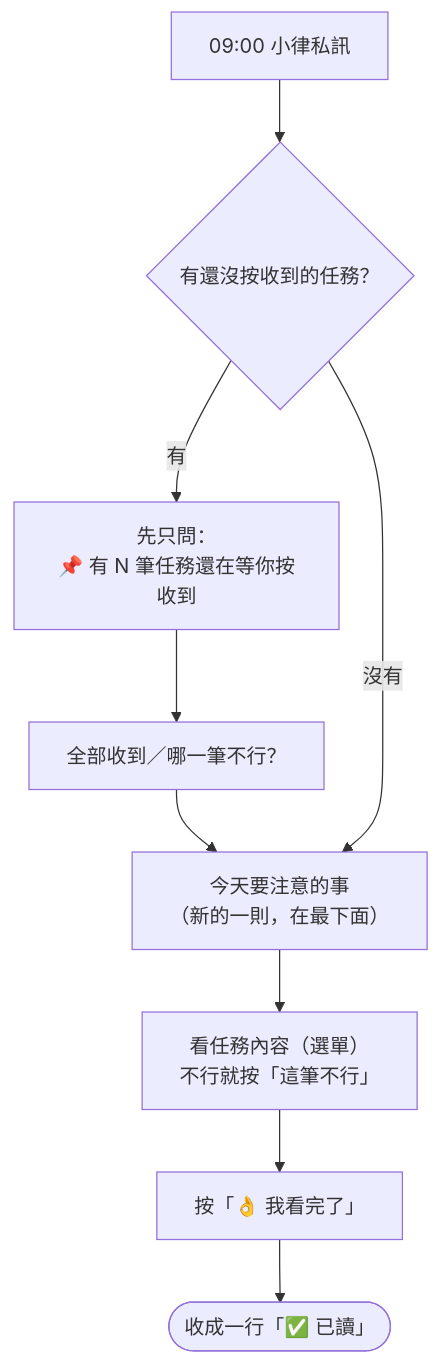
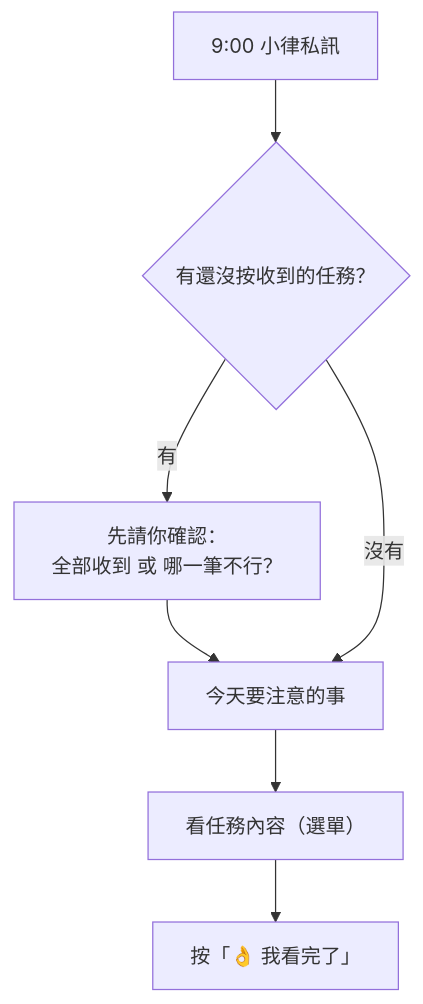
One commit to johnnysun0621/kari-kari-ai-ops changed the third of 6 diagrams in docs/sop/ARTIST_SOP.md. Above: the diagram before and after it, drawn with Mermaid. The commit also changed other lines of this file and 85 other files, not shown here.

````diff
--- a/docs/sop/ARTIST_SOP.md
+++ b/docs/sop/ARTIST_SOP.md
@@ -211,11 +279,8 @@
 ```mermaid
 flowchart TD
-  A["09:00 小律私訊"] --> B{"有還沒按收到的任務？"}
-  B -- "有" --> C["先只問：<br/>📌 有 N 筆任務還在等你按收到"]
-  C --> C1["全部收到／哪一筆不行？"]
-  C1 --> D
-  B -- "沒有" --> D["今天要注意的事<br/>（新的一則，在最下面）"]
-  D --> E["看任務內容（選單）<br/>不行就按「這筆不行」"]
-  E --> F["按「👌 我看完了」"]
-  F --> G(["收成一行「✅ 已讀」"])
+  A["9:00 小律私訊"] --> B{"有還沒按收到的任務？"}
+  B -- "有" --> C["先請你確認：<br/>全部收到 或 哪一筆不行？"]
+  C --> D
+  B -- "沒有" --> D["今天要注意的事"]
+  D --> E["看任務內容（選單）"] --> F["按「👌 我看完了」"]
 ```
````
